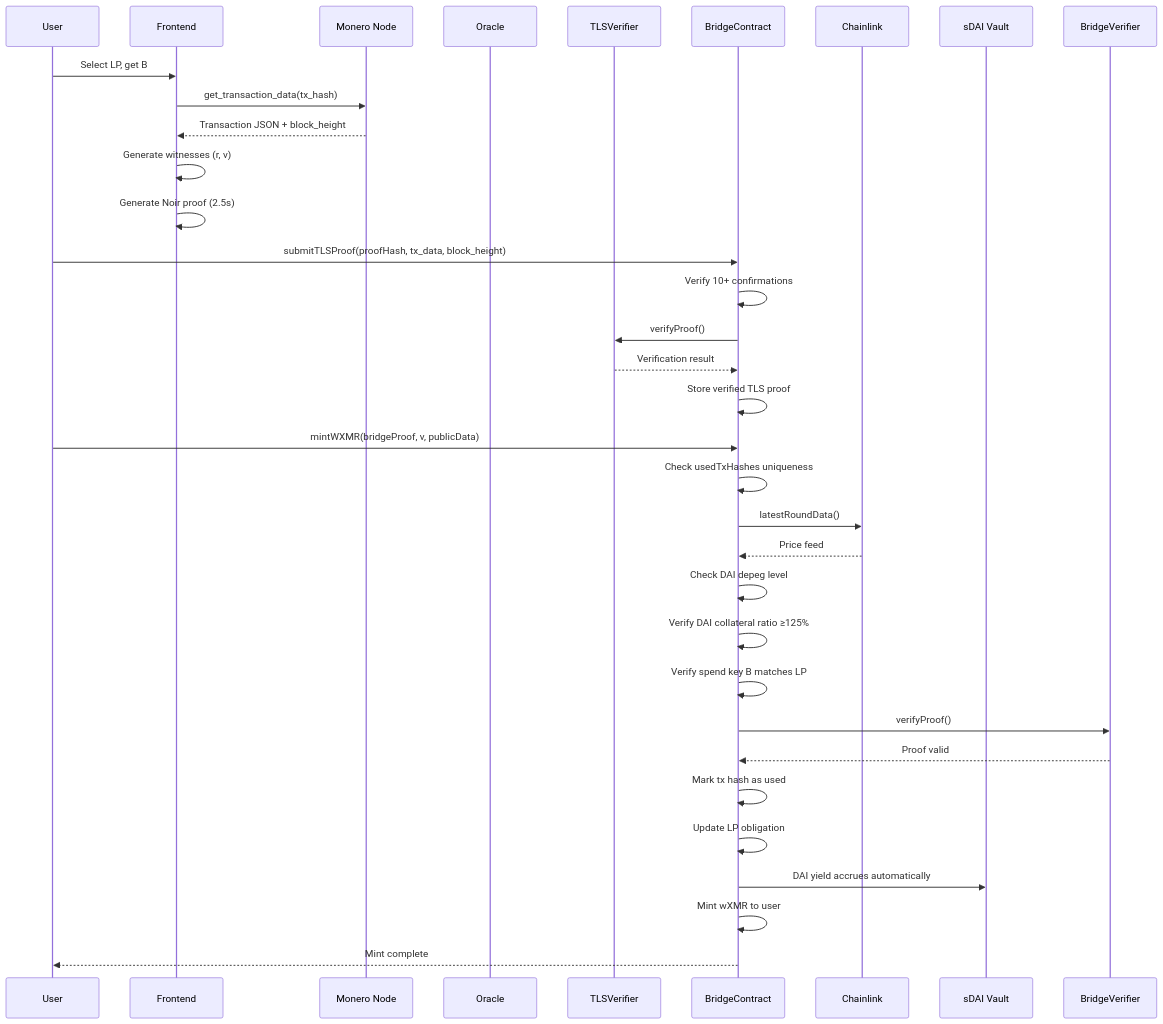
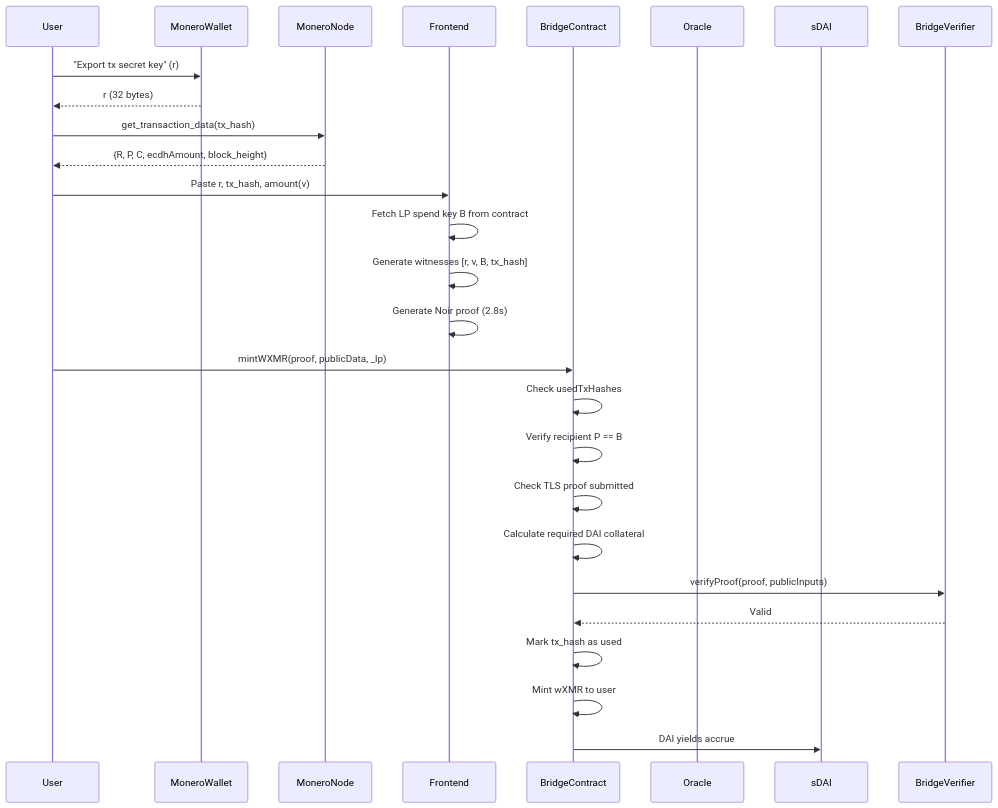
One commit to madschristensen99/fungerbil changed the first of 2 diagrams in SYNTHWRAP.md. Above: the diagram before and after it, drawn with Mermaid. The commit also changed other lines of this file, not shown here.

Commit message:
get rid of multisig slop

````diff
--- a/SYNTHWRAP.md
+++ b/SYNTHWRAP.md
@@ -910,38 +848,30 @@
 ```mermaid
 sequenceDiagram
     participant User
+    participant MoneroWallet
+    participant MoneroNode
     participant Frontend
-    participant Monero Node
+    participant BridgeContract
     participant Oracle
-    participant TLSVerifier
-    participant BridgeContract
-    participant Chainlink
-    participant sDAI Vault
+    participant sDAI
 
-    User->>Frontend: Select LP, get B
-    Frontend->>Monero Node: get_transaction_data(tx_hash)
-    Monero Node-->>Frontend: Transaction JSON + block_height
-    Frontend->>Frontend: Generate witnesses (r, v)
-    Frontend->>Frontend: Generate Noir proof (2.5s)
+    User->>MoneroWallet: "Export tx secret key" (r)
+    MoneroWallet-->>User: r (32 bytes)
+    User->>MoneroNode: get_transaction_data(tx_hash)
+    MoneroNode-->>User: {R, P, C, ecdhAmount, block_height}
+    User->>Frontend: Paste r, tx_hash, amount(v)
+    Frontend->>Frontend: Fetch LP spend key B from contract
+    Frontend->>Frontend: Generate witnesses [r, v, B, tx_hash]
+    Frontend->>Frontend: Generate Noir proof (2.8s)
     
-    User->>BridgeContract: submitTLSProof(proofHash, tx_data, block_height)
-    BridgeContract->>BridgeContract: Verify 10+ confirmations
-    BridgeContract->>TLSVerifier: verifyProof()
-    TLSVerifier-->>BridgeContract: Verification result
-    BridgeContract->>BridgeContract: Store verified TLS proof
-    
-    User->>BridgeContract: mintWXMR(bridgeProof, v, publicData)
-    BridgeContract->>BridgeContract: Check usedTxHashes uniqueness
-    BridgeContract->>Chainlink: latestRoundData()
-    Chainlink-->>BridgeContract: Price feed
-    BridgeContract->>BridgeContract: Check DAI depeg level
-    BridgeContract->>BridgeContract: Verify DAI collateral ratio ≥125%
-    BridgeContract->>BridgeContract: Verify spend key B matches LP
-    BridgeContract->>BridgeVerifier: verifyProof()
-    BridgeVerifier-->>BridgeContract: Proof valid
-    BridgeContract->>BridgeContract: Mark tx hash as used
-    BridgeContract->>BridgeContract: Update LP obligation
-    BridgeContract->>sDAI Vault: DAI yield accrues automatically
+    User->>BridgeContract: mintWXMR(proof, publicData, _lp)
+    BridgeContract->>BridgeContract: Check usedTxHashes
+    BridgeContract->>BridgeContract: Verify recipient P == B
+    BridgeContract->>BridgeContract: Check TLS proof submitted
+    BridgeContract->>BridgeContract: Calculate required DAI collateral
+    BridgeContract->>BridgeVerifier: verifyProof(proof, publicInputs)
+    BridgeVerifier-->>BridgeContract: Valid
+    BridgeContract->>BridgeContract: Mark tx_hash as used
     BridgeContract->>BridgeContract: Mint wXMR to user
-    BridgeContract-->>User: Mint complete
+    BridgeContract->>sDAI: DAI yields accrue
 ```
````
